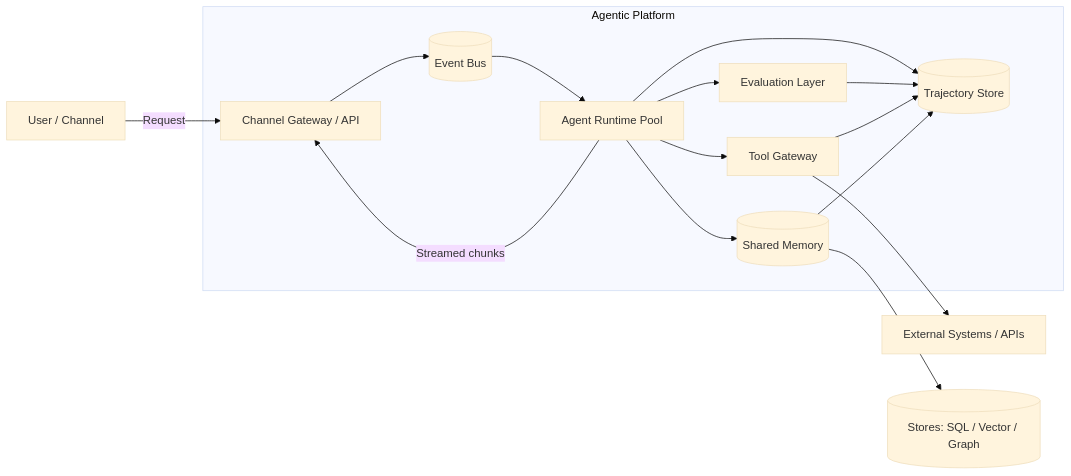
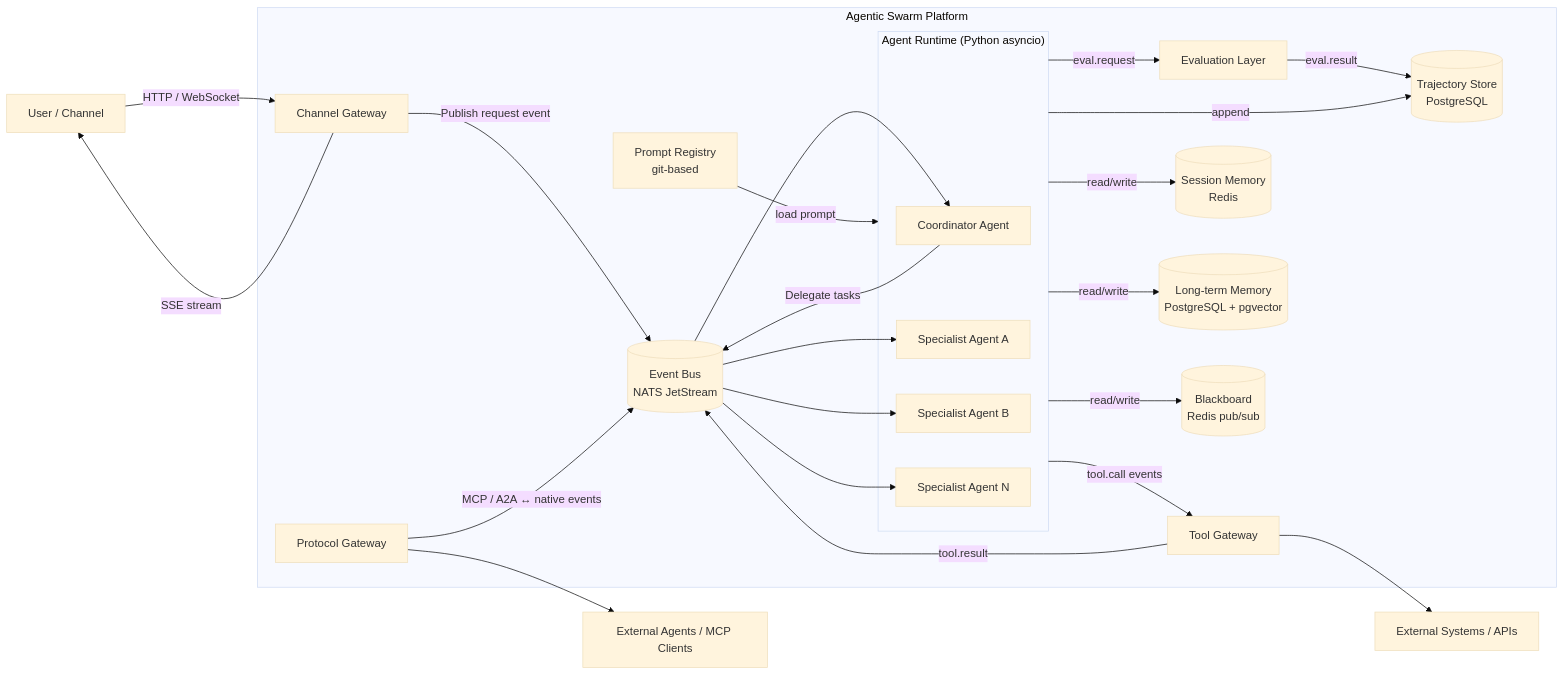
The first of 2 diagrams in design/diagrams/01_overview.md (figielf/swarm_of_agents_2), drawn with Mermaid (base theme) before and after one commit. The commit also changed other lines of this file and 28 other files, not shown here.

````diff
--- a/design/diagrams/01_overview.md
+++ b/design/diagrams/01_overview.md
@@ -3,20 +11,38 @@
 ```mermaid
 flowchart LR
-  U[User / Channel] -->|Request| GW[Channel Gateway / API]
+  U[User / Channel] -->|HTTP / WebSocket| CGW[Channel Gateway]
 
-  subgraph Platform["Agentic Platform"]
-    GW --> EB[(Event Bus)]
-    EB --> AR[Agent Runtime Pool]
-    AR --> TG[Tool Gateway]
-    AR --> EV[Evaluation Layer]
-    AR --> TS[(Trajectory Store)]
-    AR --> SM[(Shared Memory)]
-    EV --> TS
-    TG --> TS
-    SM --> TS
+  subgraph Platform["Agentic Swarm Platform"]
+    CGW -->|Publish request event| EB[(Event Bus\nNATS JetStream)]
+
+    EB --> COORD[Coordinator Agent]
+    COORD -->|Delegate tasks| EB
+    EB --> SA1[Specialist Agent A]
+    EB --> SA2[Specialist Agent B]
+    EB --> SAN[Specialist Agent N]
+
+    subgraph Runtime["Agent Runtime (Python asyncio)"]
+      COORD
+      SA1
+      SA2
+      SAN
+    end
+
+    Runtime -->|tool.call events| TG[Tool Gateway]
+    Runtime -->|eval.request| EV[Evaluation Layer]
+    Runtime -->|read/write| SM[(Session Memory\nRedis)]
+    Runtime -->|read/write| LTM[(Long-term Memory\nPostgreSQL + pgvector)]
+    Runtime -->|read/write| BB[(Blackboard\nRedis pub/sub)]
+    Runtime -->|append| TS[(Trajectory Store\nPostgreSQL)]
+    EV -->|eval.result| TS
+    TG -->|tool.result| EB
+
+    PR[Prompt Registry\ngit-based] -->|load prompt| Runtime
+
+    PGW[Protocol Gateway] -->|MCP / A2A ↔ native events| EB
   end
 
   TG --> EXT[External Systems / APIs]
-  SM --> DB[(Stores: SQL / Vector / Graph)]
-  AR -->|Streamed chunks| GW
+  PGW --> EXTAG[External Agents / MCP Clients]
+  CGW -->|SSE stream| U
 ```
````
